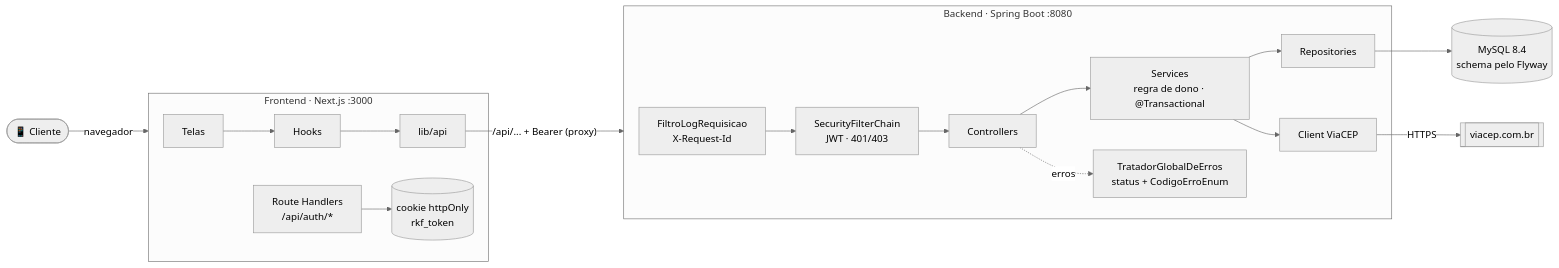
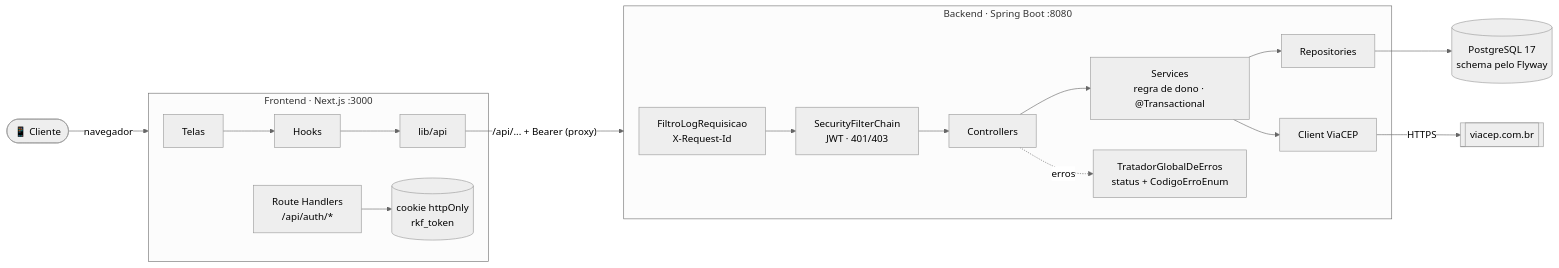
One commit to k3vinrich4rd/rkf_bank changed the sixth of 18 diagrams in README.md. Above: the diagram before and after it, drawn with Mermaid (neutral theme). The commit also changed other lines of this file and 21 other files, not shown here.

First line of the commit message:
docs(banco): decisao, guia de corte e prompt do Renan para o PostgreSQL

````diff
--- a/README.md
+++ b/README.md
@@ -811,24 +811,24 @@
 ```mermaid
 flowchart LR
     U([📱 Cliente]) -->|navegador| FE
 
     subgraph FE [Frontend · Next.js :3000]
         P[Telas] --> H[Hooks]
         H --> API["lib/api"]
         RH["Route Handlers<br/>/api/auth/*"] --> CK[(cookie httpOnly<br/>rkf_token)]
     end
 
     API -->|"/api/... + Bearer (proxy)"| BE
 
     subgraph BE [Backend · Spring Boot :8080]
         F["FiltroLogRequisicao<br/>X-Request-Id"] --> SEC["SecurityFilterChain<br/>JWT · 401/403"]
         SEC --> C[Controllers]
         C --> S[Services<br/>regra de dono · @Transactional]
         S --> R[Repositories]
         S --> V[Client ViaCEP]
         C -. erros .-> EH[TratadorGlobalDeErros<br/>status + CodigoErroEnum]
     end
 
-    R --> DB[(MySQL 8.4<br/>schema pelo Flyway)]
+    R --> DB[(PostgreSQL 17<br/>schema pelo Flyway)]
     V -->|HTTPS| VC[[viacep.com.br]]
 ```
````
